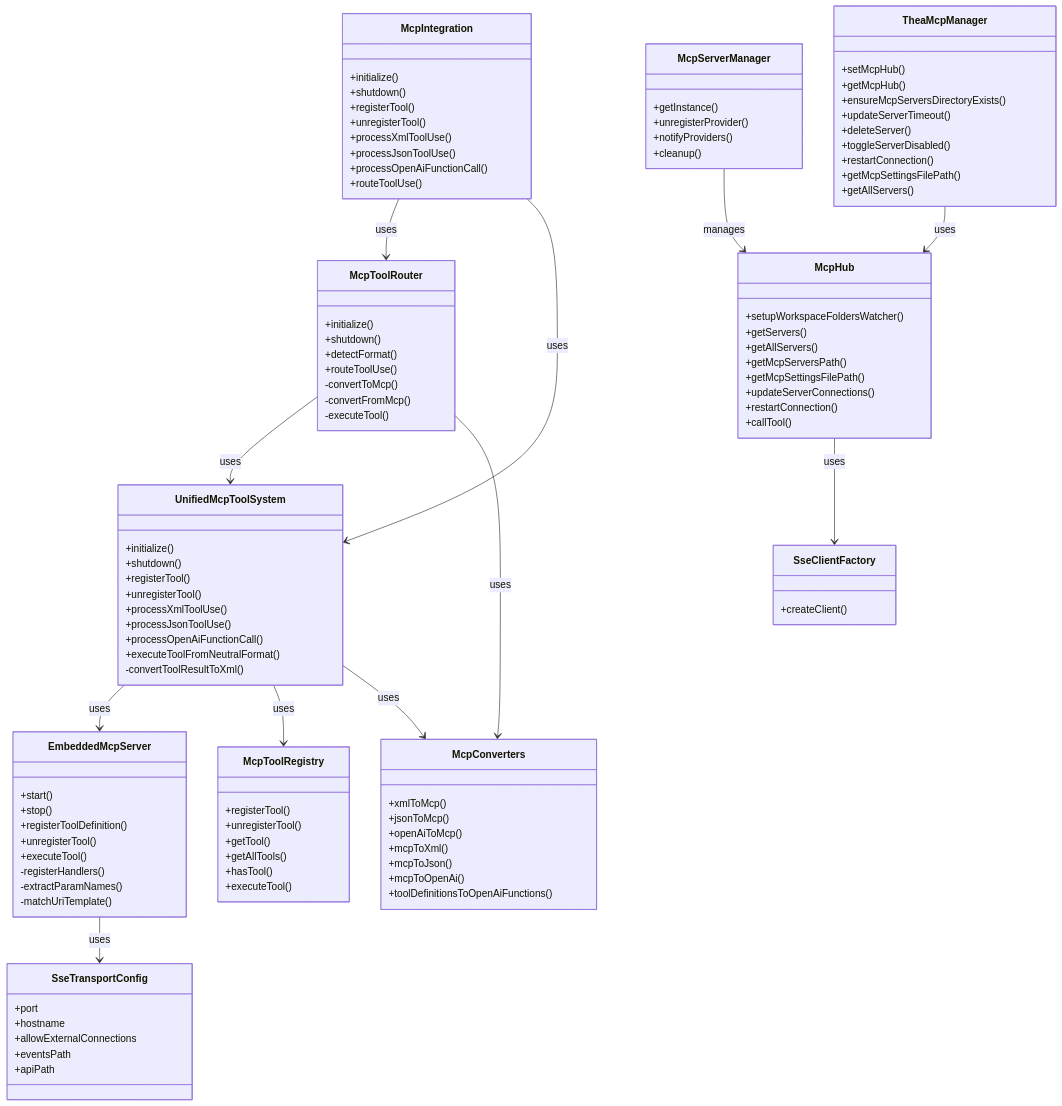
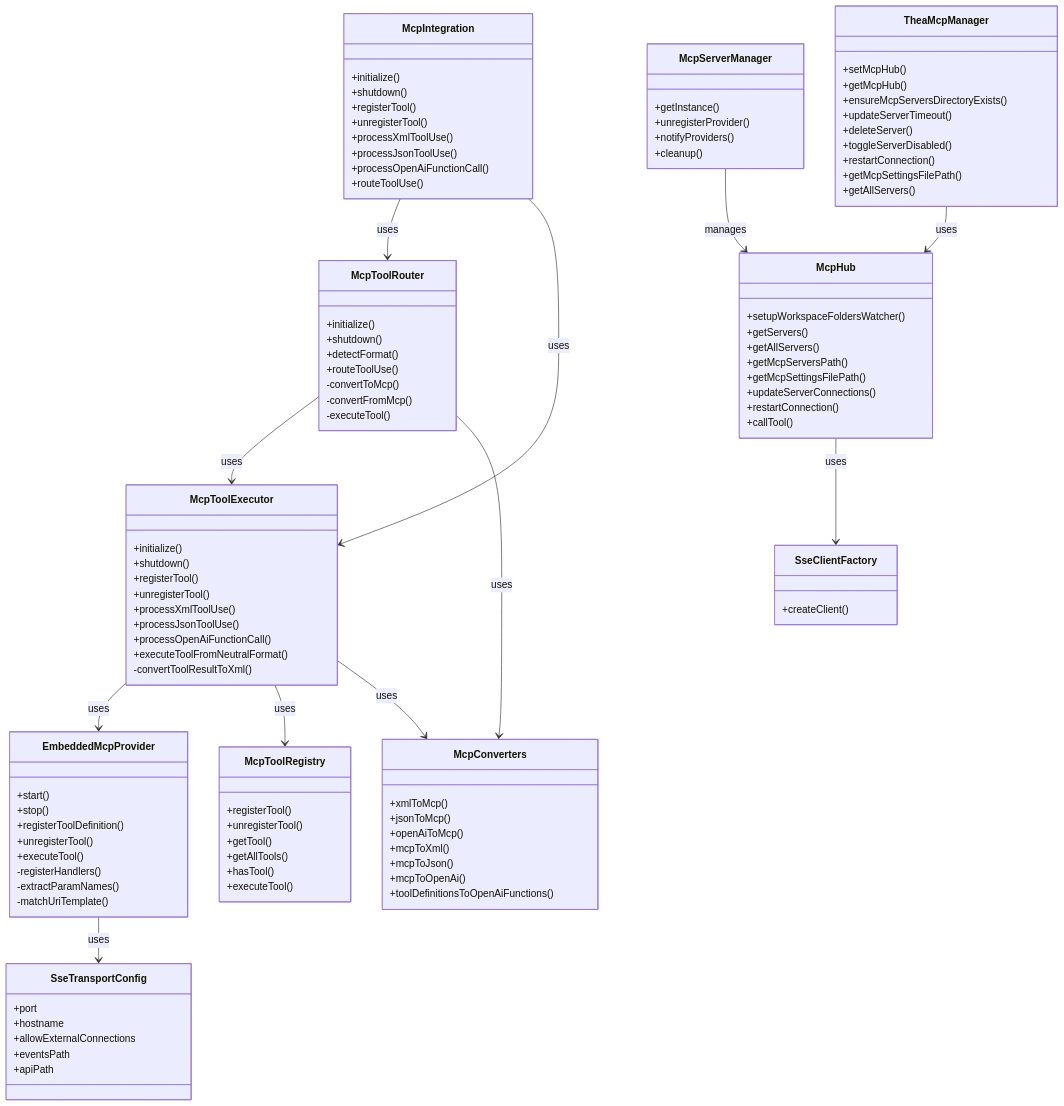
Before and after one commit to sydneyrenee/Thea-Code: the first of 6 diagrams in cline_docs/architectural_notes/tool_use/mcp/mcp_refactoring_plan.md, drawn with Mermaid. The commit also changed other lines of this file and 13 other files, not shown here.

```diff
--- a/cline_docs/architectural_notes/tool_use/mcp/mcp_refactoring_plan.md
+++ b/cline_docs/architectural_notes/tool_use/mcp/mcp_refactoring_plan.md
@@ -39,7 +39,7 @@
         -executeTool()
     }
     
-    class UnifiedMcpToolSystem {
+    class McpToolExecutor {
         +initialize()
         +shutdown()
         +registerTool()
@@ -51,7 +51,7 @@
         -convertToolResultToXml()
     }
     
-    class EmbeddedMcpServer {
+    class EmbeddedMcpProvider {
         +start()
         +stop()
         +registerToolDefinition()
@@ -124,13 +124,13 @@
     }
     
     McpIntegration --> McpToolRouter : uses
-    McpIntegration --> UnifiedMcpToolSystem : uses
-    McpToolRouter --> UnifiedMcpToolSystem : uses
+    McpIntegration --> McpToolExecutor : uses
+    McpToolRouter --> McpToolExecutor : uses
     McpToolRouter --> McpConverters : uses
-    UnifiedMcpToolSystem --> EmbeddedMcpServer : uses
-    UnifiedMcpToolSystem --> McpToolRegistry : uses
-    UnifiedMcpToolSystem --> McpConverters : uses
-    EmbeddedMcpServer --> SseTransportConfig : uses
+    McpToolExecutor --> EmbeddedMcpProvider : uses
+    McpToolExecutor --> McpToolRegistry : uses
+    McpToolExecutor --> McpConverters : uses
+    EmbeddedMcpProvider --> SseTransportConfig : uses
     McpHub --> SseClientFactory : uses
     McpServerManager --> McpHub : manages
     TheaMcpManager --> McpHub : uses
```
